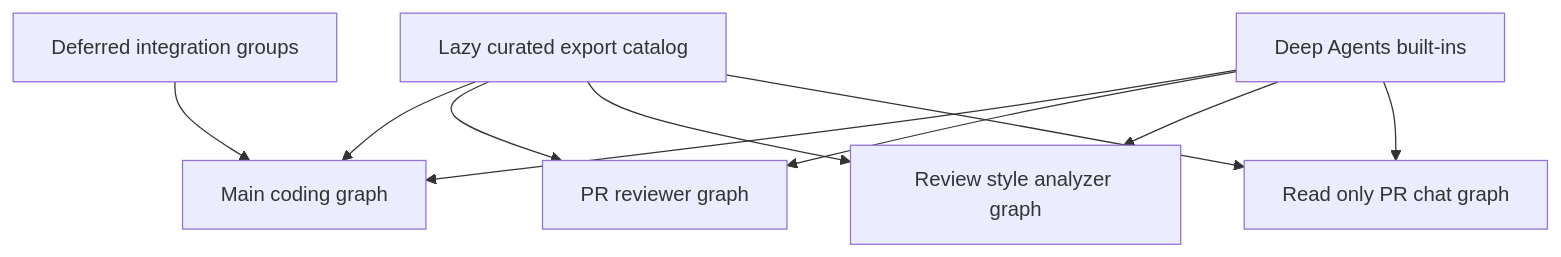
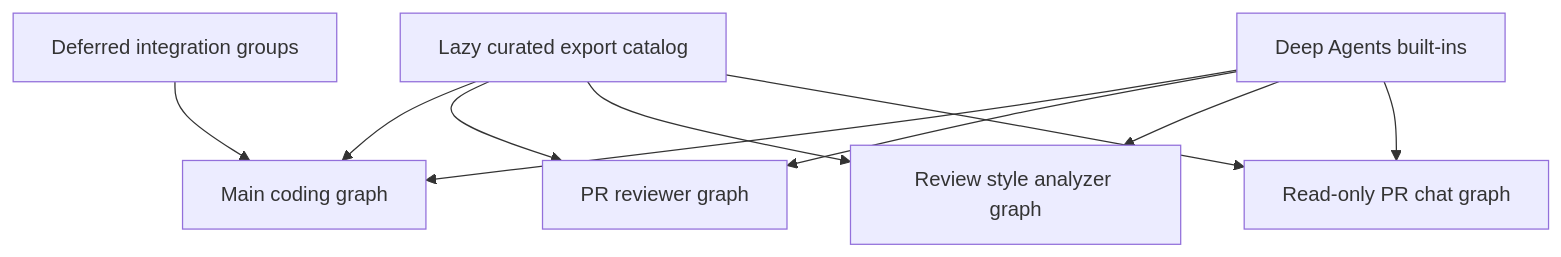
Before and after one commit to langchain-ai/open-swe: the first of 2 diagrams in openwiki/concepts/tools.md, drawn with Mermaid. The commit also changed other lines of this file and 52 other files, not shown here.

````diff
--- a/openwiki/concepts/tools.md
+++ b/openwiki/concepts/tools.md
@@ -45,20 +63,20 @@
 ```mermaid
 flowchart TD
     Catalog["Lazy curated export catalog"]
     Builtins["Deep Agents built-ins"]
     Main["Main coding graph"]
     Review["PR reviewer graph"]
     Analyze["Review style analyzer graph"]
-    Chat["Read only PR chat graph"]
+    Chat["Read-only PR chat graph"]
     Deferred["Deferred integration groups"]
 
     Catalog --> Main
     Catalog --> Review
     Catalog --> Analyze
     Catalog --> Chat
     Builtins --> Main
     Builtins --> Review
     Builtins --> Analyze
     Builtins --> Chat
     Deferred --> Main
 ```
````
